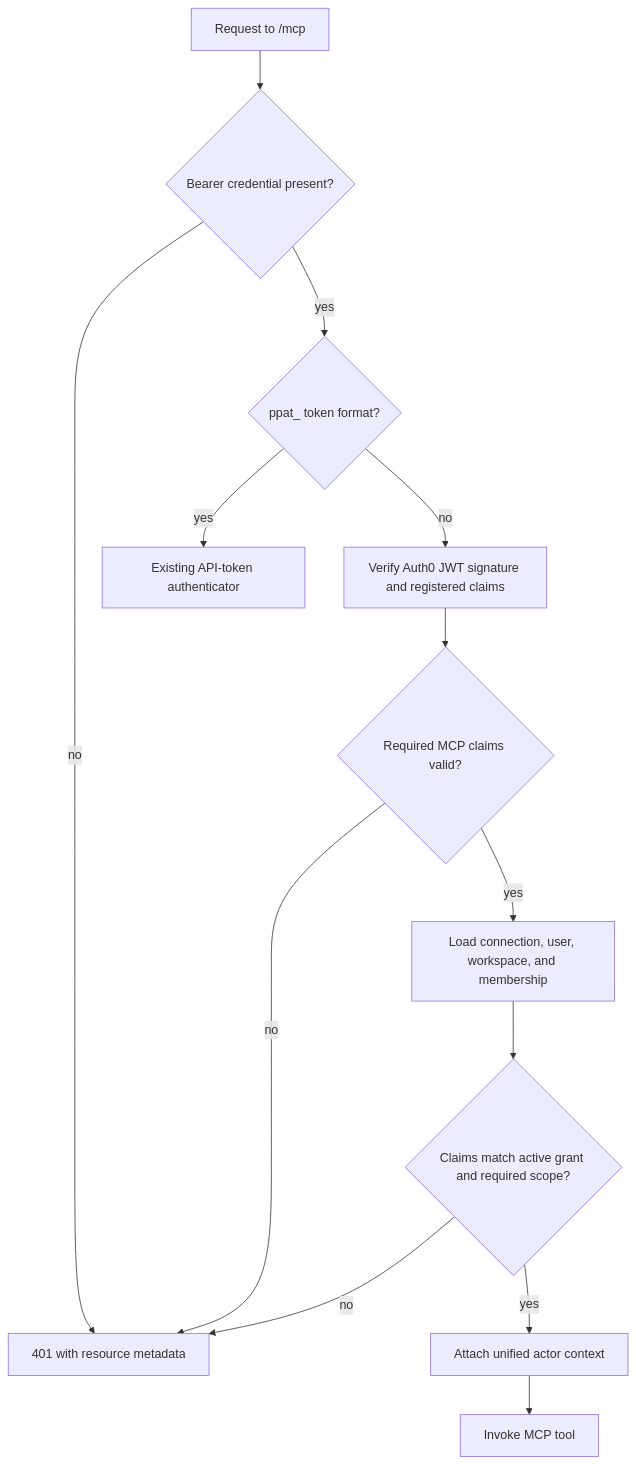
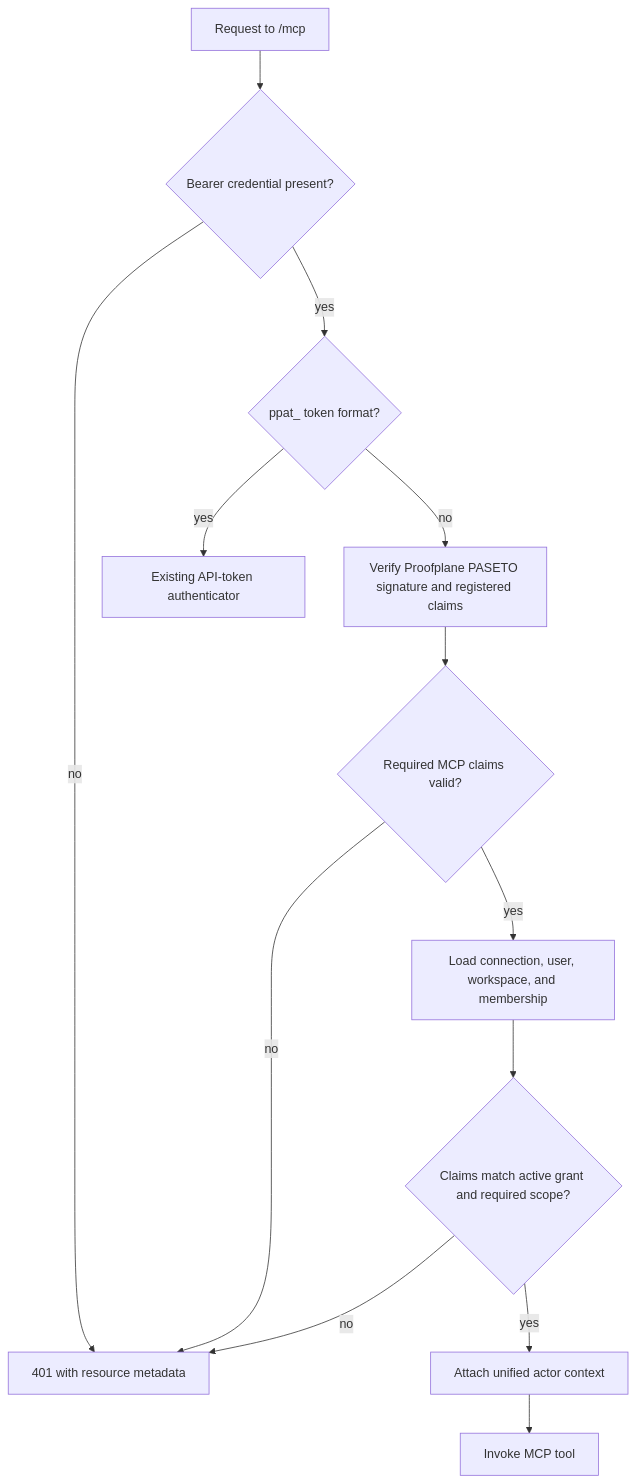
The third of 4 diagrams in docs/epics/agent-connector-onboarding/spec.md (proofplane/proofplane), drawn with Mermaid before and after one commit. The commit also changed other lines of this file and 92 other files, not shown here.

````diff
--- a/docs/epics/agent-connector-onboarding/spec.md
+++ b/docs/epics/agent-connector-onboarding/spec.md
@@ -416,15 +418,15 @@
 ```mermaid
 flowchart TD
     R[Request to /mcp] --> B{Bearer credential present?}
     B -- no --> U[401 with resource metadata]
     B -- yes --> T{ppat_ token format?}
     T -- yes --> P[Existing API-token authenticator]
-    T -- no --> J[Verify Auth0 JWT signature and registered claims]
+    T -- no --> J[Verify Proofplane PASETO signature and registered claims]
     J --> C{Required MCP claims valid?}
     C -- no --> U
     C -- yes --> G[Load connection, user, workspace, and membership]
     G --> V{Claims match active grant and required scope?}
     V -- no --> U
     V -- yes --> A[Attach unified actor context]
     A --> M[Invoke MCP tool]
 ```
````
